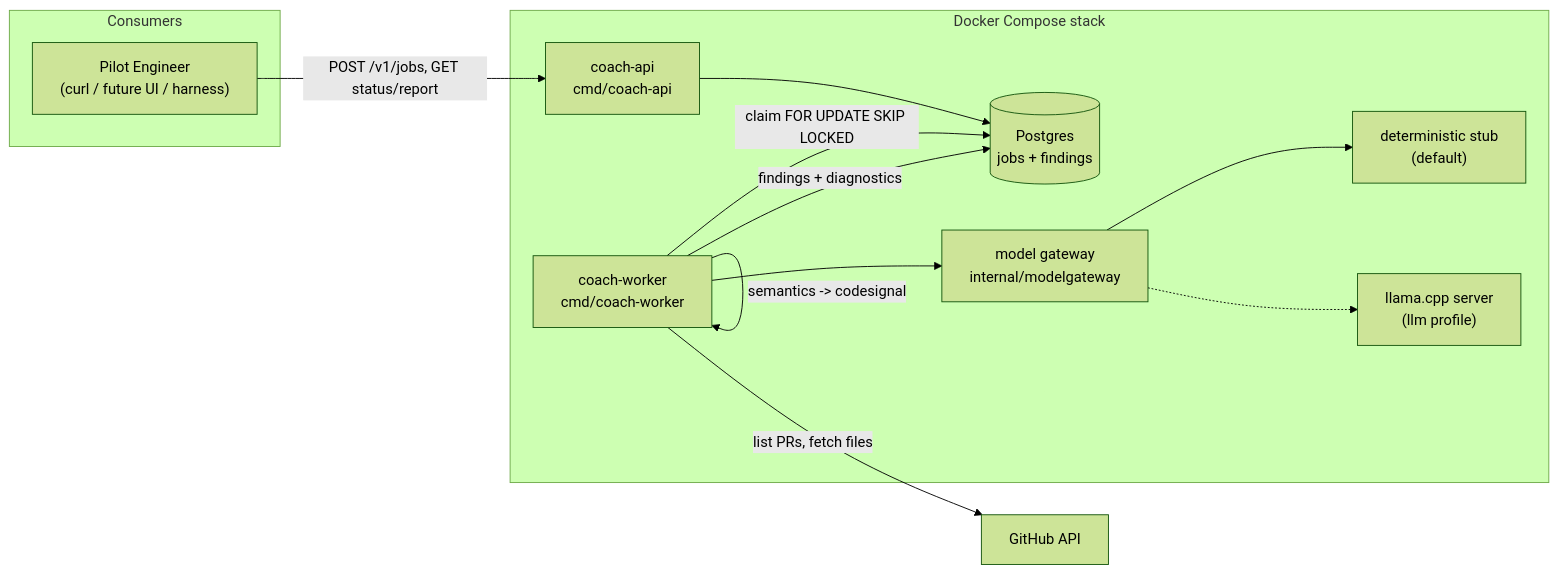
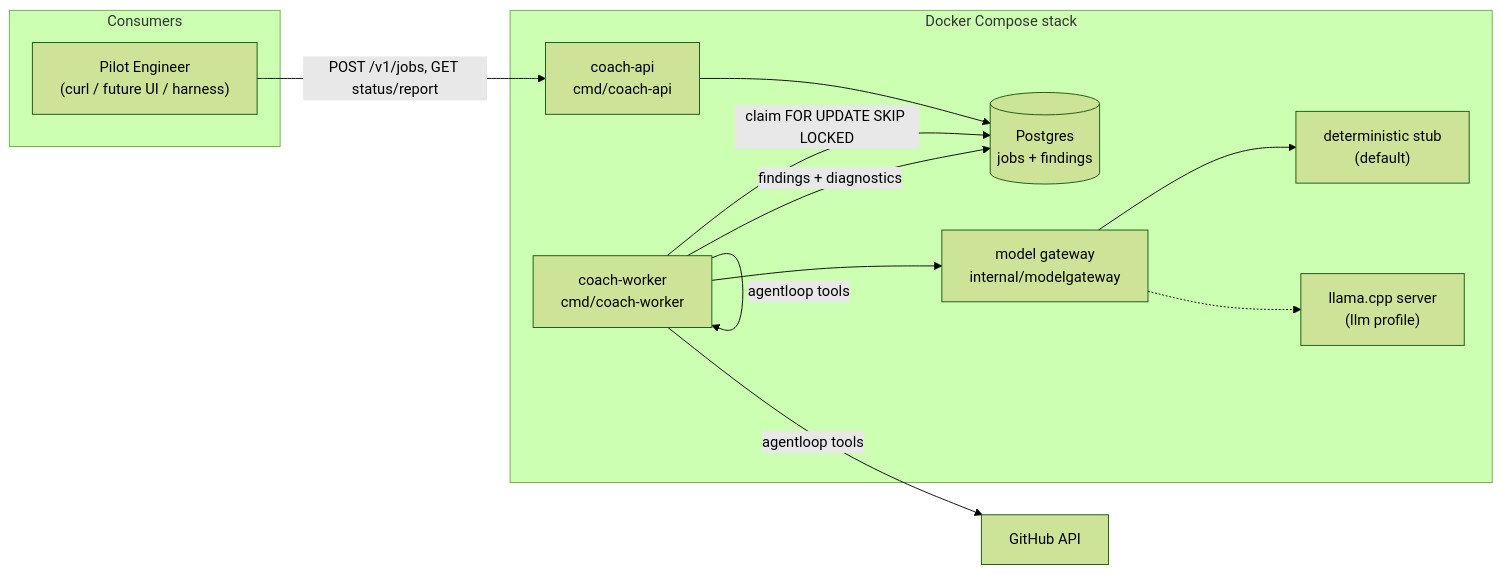
Before and after one commit to lousy-agents/coach: the first of 2 diagrams in .github/specs/coach-api-platform-groundwork.spec.md, drawn with Mermaid (forest theme). The commit also changed other lines of this file, not shown here.

````diff
--- a/.github/specs/coach-api-platform-groundwork.spec.md
+++ b/.github/specs/coach-api-platform-groundwork.spec.md
@@ -149,24 +157,24 @@
 ```mermaid
 flowchart LR
     subgraph Consumers
         Eng["Pilot Engineer<br/>(curl / future UI / harness)"]
     end
     subgraph Compose["Docker Compose stack"]
         API["coach-api<br/>cmd/coach-api"]
         PG[("Postgres<br/>jobs + findings")]
         W["coach-worker<br/>cmd/coach-worker"]
         GW["model gateway<br/>internal/modelgateway"]
         Stub["deterministic stub<br/>(default)"]
         Llama["llama.cpp server<br/>(llm profile)"]
     end
     GH["GitHub API"]
     Eng -->|POST /v1/jobs, GET status/report| API
     API --> PG
     W -->|claim FOR UPDATE SKIP LOCKED| PG
-    W -->|list PRs, fetch files| GH
-    W -->|semantics -> codesignal| W
+    W -->|agentloop tools| GH
+    W -->|agentloop tools| W
     W --> GW
     GW --> Stub
     GW -.-> Llama
     W -->|findings + diagnostics| PG
 ```
````
